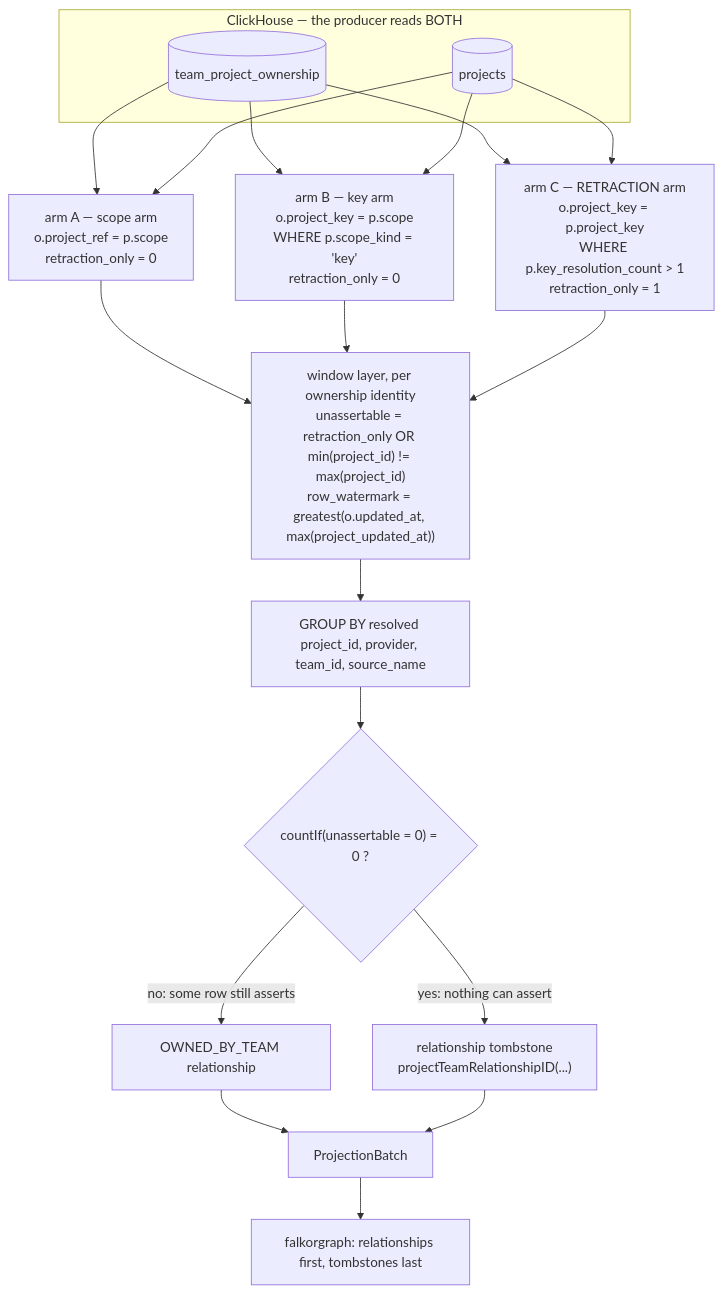
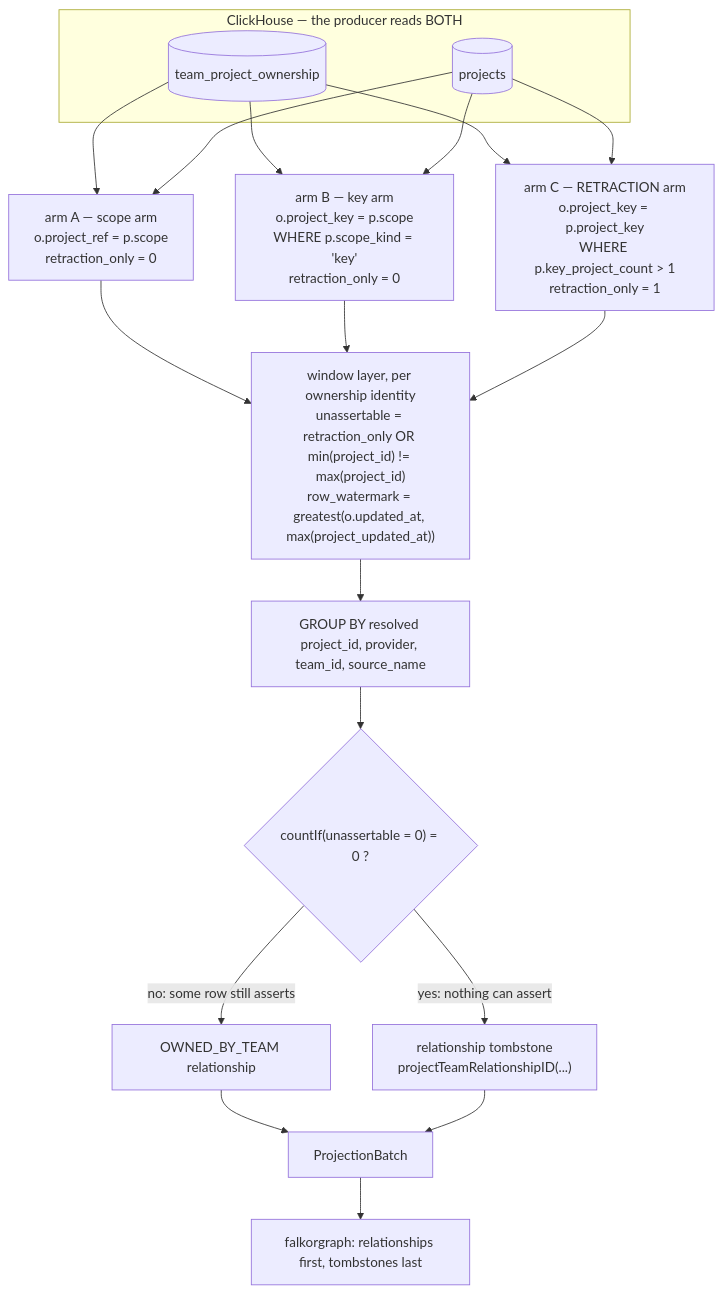
The diagram in docs/design/context-fabric-ownership-edge-retraction.md (full-chaos/dev-health-acr), drawn with Mermaid before and after one commit. The commit also changed other lines of this file, not shown here.

````diff
--- a/docs/design/context-fabric-ownership-edge-retraction.md
+++ b/docs/design/context-fabric-ownership-edge-retraction.md
@@ -59,27 +59,27 @@
 ```mermaid
 flowchart TD
     subgraph src["ClickHouse — the producer reads BOTH"]
         TPO[("team_project_ownership")]
         PRJ[("projects")]
     end
 
     TPO --> A["arm A — scope arm<br/>o.project_ref = p.scope<br/>retraction_only = 0"]
     TPO --> B["arm B — key arm<br/>o.project_key = p.scope<br/>WHERE p.scope_kind = 'key'<br/>retraction_only = 0"]
-    TPO --> C["arm C — RETRACTION arm<br/>o.project_key = p.project_key<br/>WHERE p.key_resolution_count > 1<br/>retraction_only = 1"]
+    TPO --> C["arm C — RETRACTION arm<br/>o.project_key = p.project_key<br/>WHERE p.key_project_count > 1<br/>retraction_only = 1"]
     PRJ --> A
     PRJ --> B
     PRJ --> C
 
     A --> W["window layer, per ownership identity<br/>unassertable = retraction_only OR min(project_id) != max(project_id)<br/>row_watermark = greatest(o.updated_at, max(project_updated_at))"]
     B --> W
     C --> W
 
     W --> G["GROUP BY resolved project_id, provider, team_id, source_name"]
     G --> Q{"countIf(unassertable = 0) = 0 ?"}
     Q -- "no: some row still asserts" --> E["OWNED_BY_TEAM relationship"]
     Q -- "yes: nothing can assert" --> T["relationship tombstone<br/>projectTeamRelationshipID(...)"]
 
     E --> BATCH["ProjectionBatch"]
     T --> BATCH
     BATCH --> FG["falkorgraph: relationships first, tombstones last"]
 ```
````
